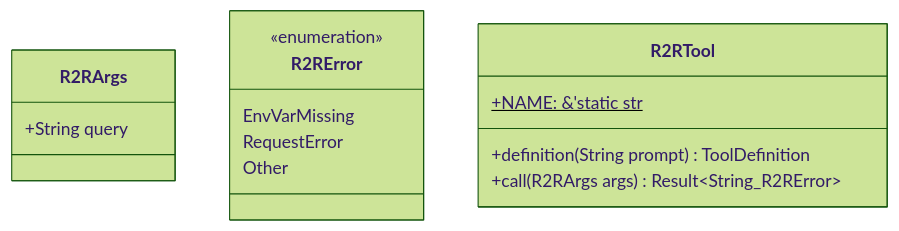
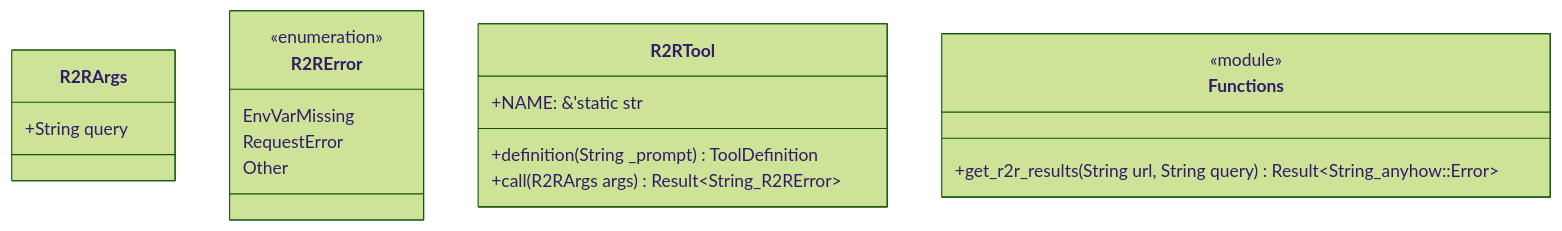
Before and after one commit to lgcorzo/fastapi-autogen-team: the first of 2 diagrams in .knowledge/src-infrastructure-tools-r2r.md, drawn with Mermaid (forest theme). The commit also changed other lines of this file and 10 other files, not shown here.

````diff
--- a/.knowledge/src-infrastructure-tools-r2r.md
+++ b/.knowledge/src-infrastructure-tools-r2r.md
@@ -18,19 +18,24 @@
 ```mermaid
 classDiagram
     class R2RArgs {
         +String query
     }
 
     class R2RError {
         <<enumeration>>
         EnvVarMissing
         RequestError
         Other
     }
 
     class R2RTool {
-        +NAME: &'static str$
-        +definition(String prompt) ToolDefinition
+        +NAME: &'static str
+        +definition(String _prompt) ToolDefinition
         +call(R2RArgs args) Result~String_R2RError~
     }
+
+    class Functions {
+        <<module>>
+        +get_r2r_results(String url, String query) Result~String_anyhow::Error~
+    }
 ```
````
